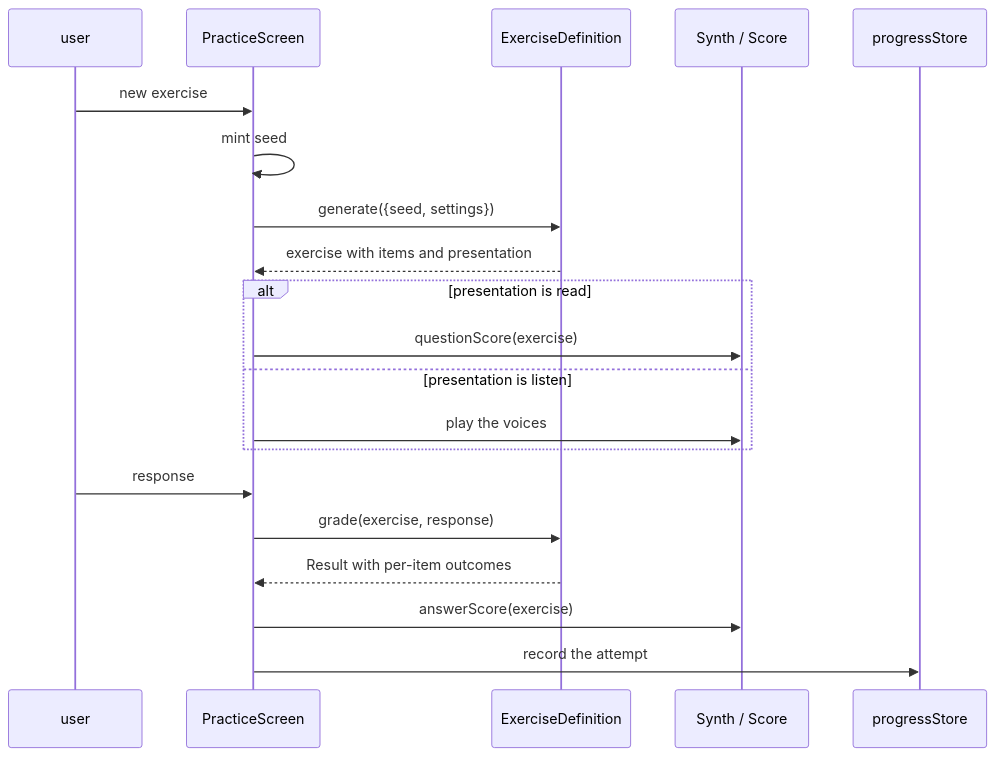
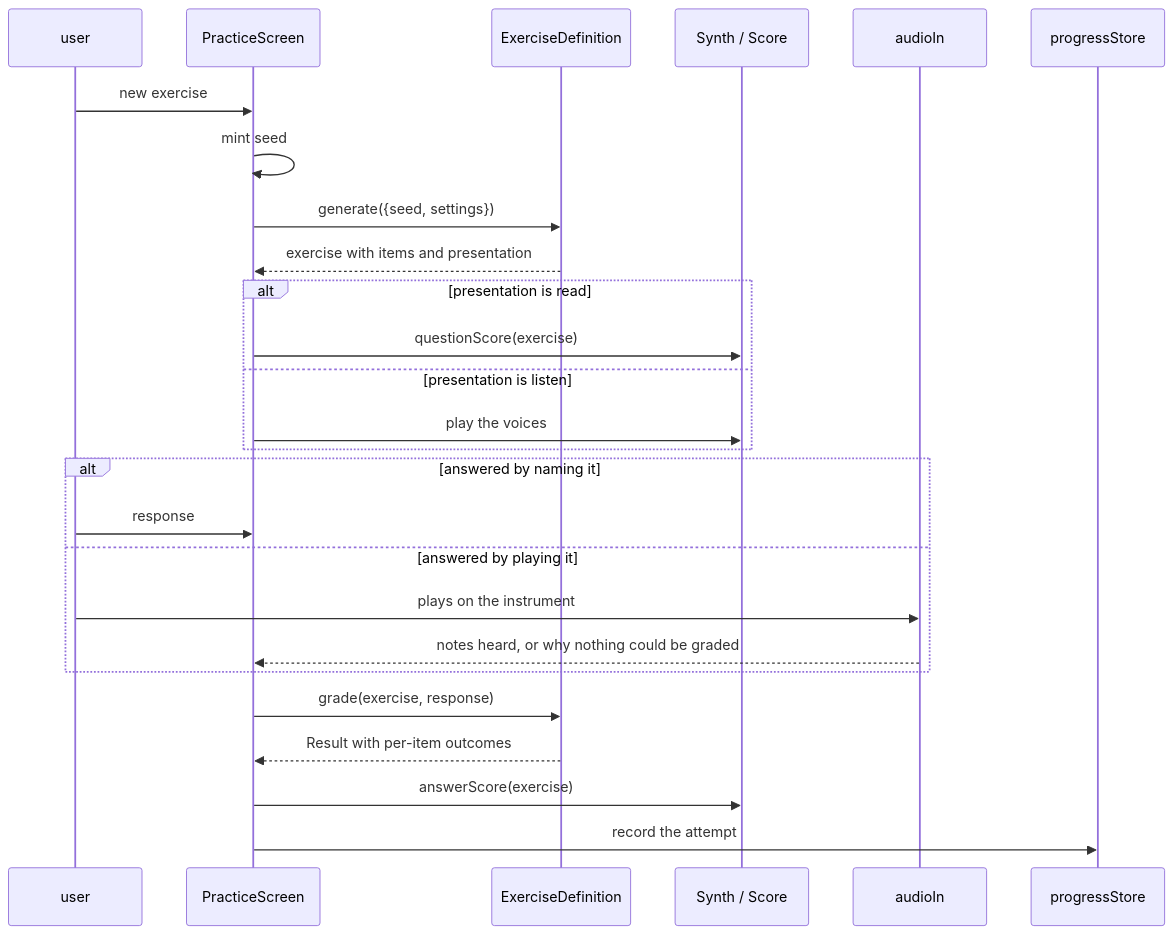
Before and after one commit to deepl0w/pitch_space: the second of 3 diagrams in docs/ARCHITECTURE.md, drawn with Mermaid. The commit also changed other lines of this file and 1 other file, not shown here.

Commit message:
Bring the architecture body back to what is true, and record that per-entry checks moved the rot rather than stopping it

````diff
--- a/docs/ARCHITECTURE.md
+++ b/docs/ARCHITECTURE.md
@@ -104,23 +114,29 @@
 ```mermaid
 sequenceDiagram
     participant U as user
     participant S as PracticeScreen
     participant D as ExerciseDefinition
     participant A as Synth / Score
+    participant M as audioIn
     participant P as progressStore
 
     U->>S: new exercise
     S->>S: mint seed
     S->>D: generate({seed, settings})
     D-->>S: exercise with items and presentation
     alt presentation is read
         S->>A: questionScore(exercise)
     else presentation is listen
         S->>A: play the voices
     end
-    U->>S: response
+    alt answered by naming it
+        U->>S: response
+    else answered by playing it
+        U->>M: plays on the instrument
+        M-->>S: notes heard, or why nothing could be graded
+    end
     S->>D: grade(exercise, response)
     D-->>S: Result with per-item outcomes
     S->>A: answerScore(exercise)
     S->>P: record the attempt
 ```
````
